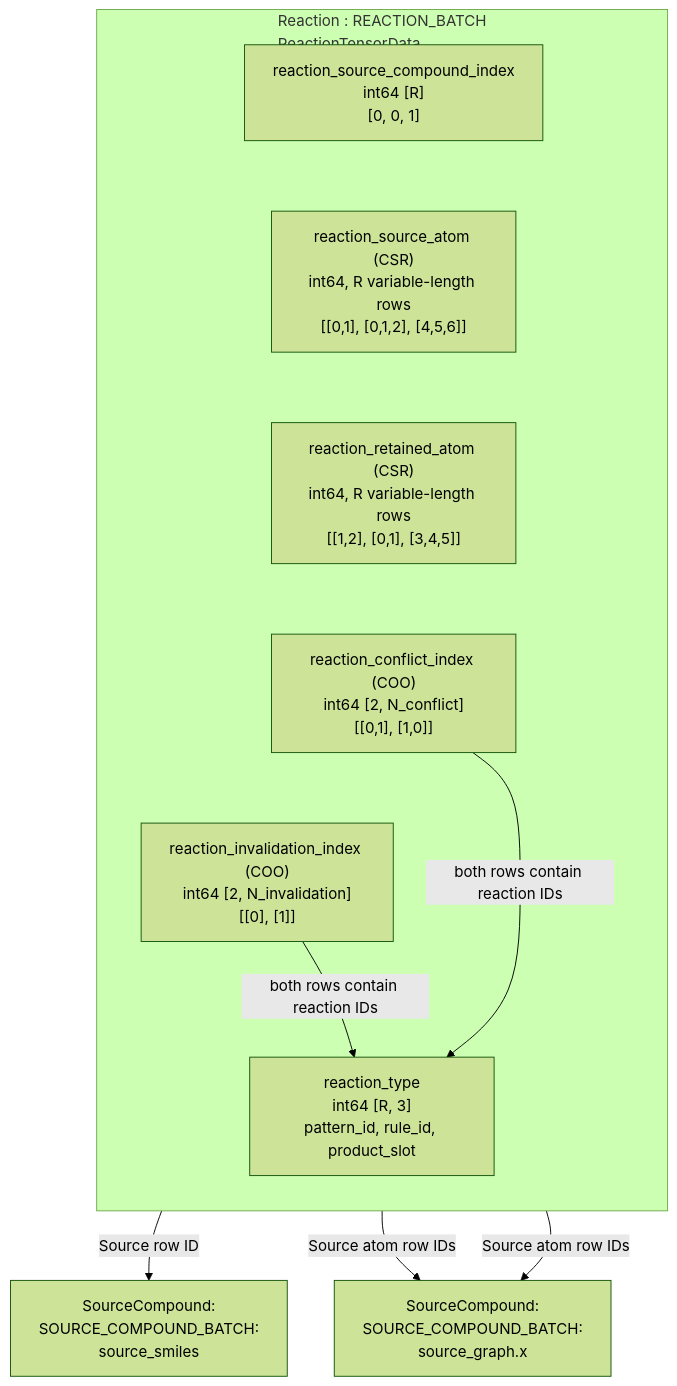
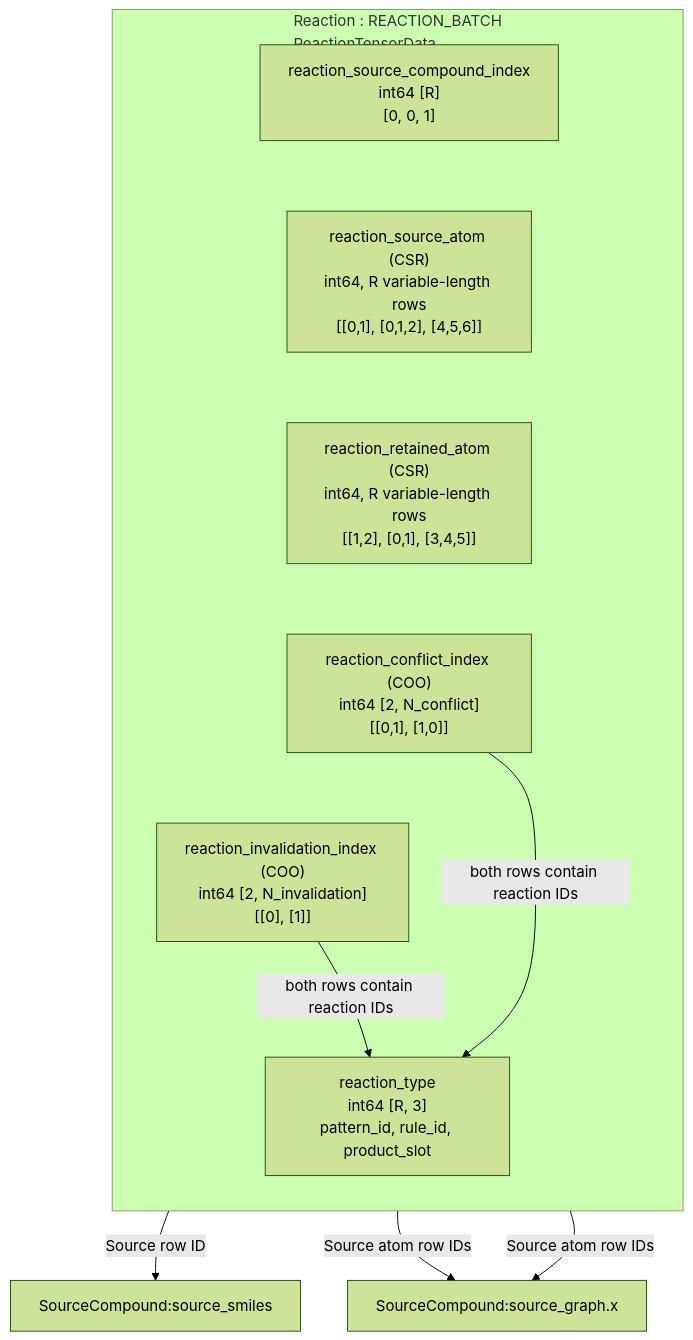
One commit to MotohiroOGAWA/FREDIS changed the second of 4 diagrams in fredis/ml/input/SCHEMA.md. Above: the diagram before and after it, drawn with Mermaid (forest theme). The commit also changed other lines of this file and 1 other file, not shown here.

Commit message:
refactor: Update schema documentation for SourceReactionStructure and ReactionSet

````diff
--- a/fredis/ml/input/SCHEMA.md
+++ b/fredis/ml/input/SCHEMA.md
@@ -210,21 +205,21 @@
 ```mermaid
 flowchart TB
     subgraph RB["Reaction : REACTION_BATCH<br/>ReactionTensorData"]
         direction TB
         OWNER["reaction_source_compound_index<br/>int64 [R]<br/>[0, 0, 1]"]
         TYPE["reaction_type<br/>int64 [R, 3]<br/>pattern_id, rule_id, product_slot"]
         MATCH["reaction_source_atom (CSR)<br/>int64, R variable-length rows<br/>[[0,1], [0,1,2], [4,5,6]]"]
         KEEP["reaction_retained_atom (CSR)<br/>int64, R variable-length rows<br/>[[1,2], [0,1], [3,4,5]]"]
         CONFLICT["reaction_conflict_index (COO)<br/>int64 [2, N_conflict]<br/>[[0,1], [1,0]]"]
         INVALID["reaction_invalidation_index (COO)<br/>int64 [2, N_invalidation]<br/>[[0], [1]]"]
         %% Invisible links keep fields in a vertical column; they are not references.
         OWNER ~~~ MATCH ~~~ KEEP ~~~ CONFLICT ~~~ INVALID ~~~ TYPE
     end
-    SOURCEROW["SourceCompound:<br/>SOURCE_COMPOUND_BATCH:<br/>source_smiles"]
-    SOURCEATOM["SourceCompound:<br/>SOURCE_COMPOUND_BATCH:<br/>source_graph.x"]
+    SOURCEROW["SourceCompound:source_smiles"]
+    SOURCEATOM["SourceCompound:source_graph.x"]
     OWNER -->|"Source row ID"| SOURCEROW
     MATCH -->|"Source atom row IDs"| SOURCEATOM
     KEEP -->|"Source atom row IDs"| SOURCEATOM
     CONFLICT -->|"both rows contain reaction IDs"| TYPE
     INVALID -->|"both rows contain reaction IDs"| TYPE
 ```
````
